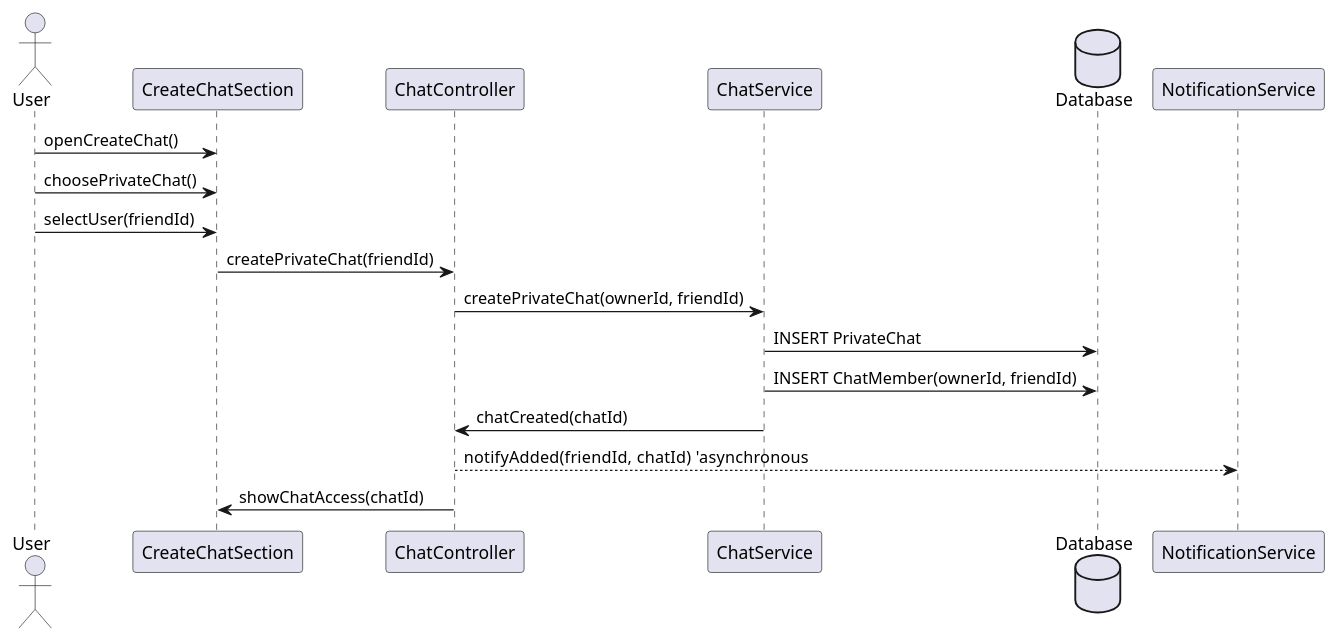
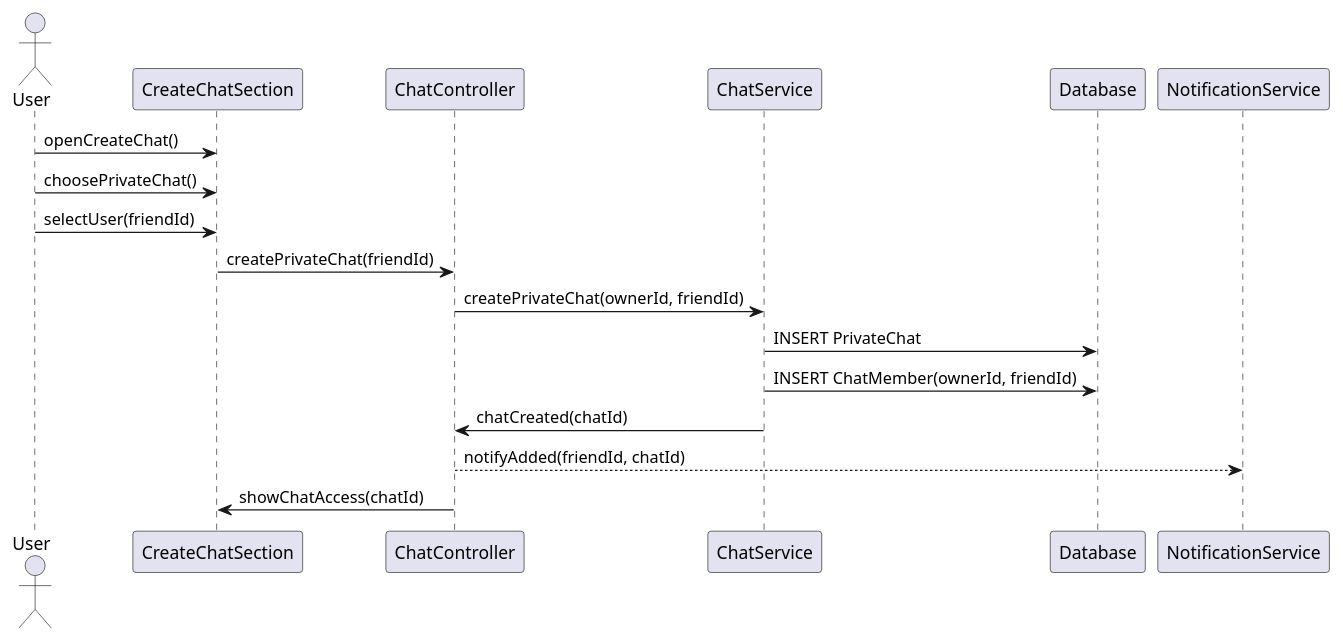
One commit to user5427/human-benchmark-PSI-2 changed the diagram in Documentation/LatexLab3/PlantUML/SeqDiagrams/CreatePrivateChat.puml. Above: the diagram before and after it, drawn with PlantUML. The commit also changed 2 other files, not shown here.

Commit message:
priv chat ceration seq diagram, minor fixes

```diff
--- a/Documentation/LatexLab3/PlantUML/SeqDiagrams/CreatePrivateChat.puml
+++ b/Documentation/LatexLab3/PlantUML/SeqDiagrams/CreatePrivateChat.puml
@@ -1,21 +1,21 @@
 @startuml
 actor User
 participant "CreateChatSection" as UI
 participant "ChatController"      as CC
 participant "ChatService"         as CS
-database   "Database"             as DB
+participant "Database"             as DB
 participant "NotificationService" as NS
 
 User -> UI : openCreateChat()
 User -> UI : choosePrivateChat()
 User -> UI : selectUser(friendId)
 
 UI  -> CC : createPrivateChat(friendId)
 CC  -> CS : createPrivateChat(ownerId, friendId)
 CS  -> DB : INSERT PrivateChat
 CS  -> DB : INSERT ChatMember(ownerId, friendId)
 CS  -> CC : chatCreated(chatId)
 
-CC  --> NS : notifyAdded(friendId, chatId)   'asynchronous
+CC  --> NS : notifyAdded(friendId, chatId)
 CC  -> UI  : showChatAccess(chatId)
 @enduml
```
